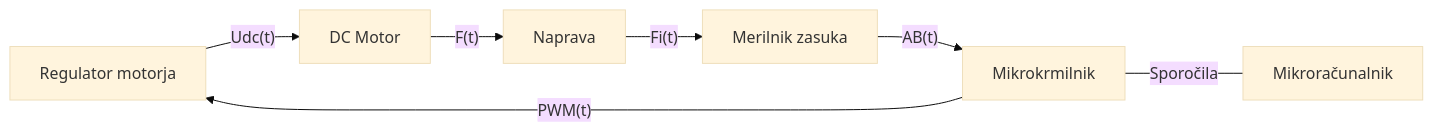
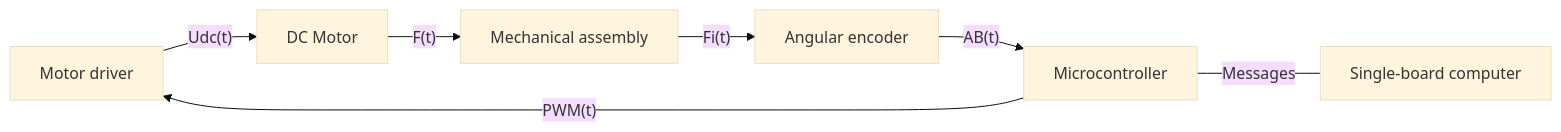
Before and after one commit to fsprojekti/wiki: the diagram in en/laboratorijska-oprema/makete/aero.md, drawn with Mermaid (base theme). The commit also changed other lines of this file and 24 other files, not shown here.

````diff
--- a/en/laboratorijska-oprema/makete/aero.md
+++ b/en/laboratorijska-oprema/makete/aero.md
@@ -38,9 +38,9 @@
 ```mermaid
 graph LR
-    A[Regulator motorja] -->|"Udc(t)"| B[DC Motor]
-    B -->|"F(t)"|C[Naprava]
-    C-->|"Fi(t)"|D[Merilnik zasuka]
-    D-->|"AB(t)"|F[Mikrokrmilnik]
+    A[Motor driver] -->|"Udc(t)"| B[DC Motor]
+    B -->|"F(t)"|C[Mechanical assembly]
+    C-->|"Fi(t)"|D[Angular encoder]
+    D-->|"AB(t)"|F[Microcontroller]
     F-->|"PWM(t)"|A
-    F---|Sporočila|G[Mikroračunalnik]
+    F---|Messages|G[Single-board computer]
 ```
````
